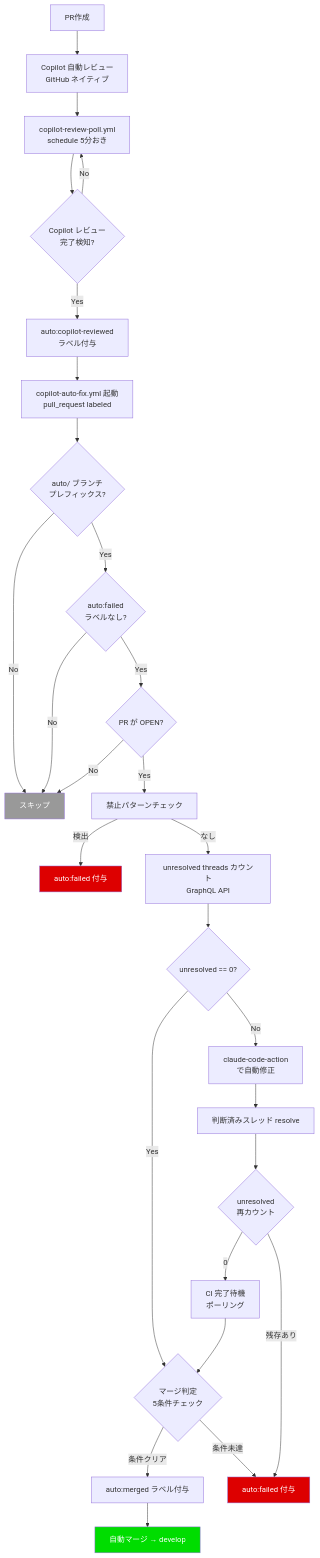
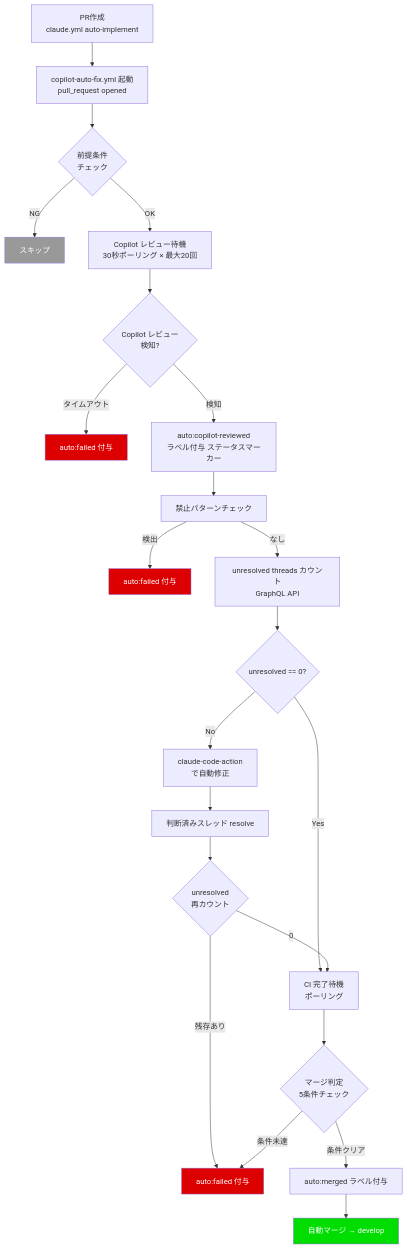
Before and after one commit to becky3/learning-companion: the first of 2 diagrams in docs/specs/copilot-auto-fix.md, drawn with Mermaid. The commit also changed other lines of this file and 1 other file, not shown here.

Commit message:
docs(pre-impl): copilot-auto-fix 仕様書を sleep ポーリング方式に改訂 (#386)

````diff
--- a/docs/specs/copilot-auto-fix.md
+++ b/docs/specs/copilot-auto-fix.md
@@ -45,34 +69,30 @@
 ```mermaid
 flowchart TD
-    A[PR作成] --> B[Copilot 自動レビュー<br/>GitHub ネイティブ]
-    B --> B2[copilot-review-poll.yml<br/>schedule 5分おき]
-    B2 --> B3{Copilot レビュー<br/>完了検知?}
-    B3 -->|No| B2
-    B3 -->|Yes| C[auto:copilot-reviewed<br/>ラベル付与]
-    C --> D[copilot-auto-fix.yml 起動<br/>pull_request labeled]
-    D --> F{auto/ ブランチ<br/>プレフィックス?}
-    F -->|No| Z[スキップ]
-    F -->|Yes| G{auto:failed<br/>ラベルなし?}
-    G -->|No| Z
-    G -->|Yes| G2{PR が OPEN?}
-    G2 -->|No| Z
-    G2 -->|Yes| H[禁止パターンチェック]
+    A[PR作成<br/>claude.yml auto-implement] --> B[copilot-auto-fix.yml 起動<br/>pull_request opened]
+    B --> B0{前提条件<br/>チェック}
+    B0 -->|NG| Z[スキップ]
+    B0 -->|OK| B1[Copilot レビュー待機<br/>30秒ポーリング × 最大20回]
+    B1 --> B2{Copilot レビュー<br/>検知?}
+    B2 -->|タイムアウト| I2[auto:failed 付与]
+    B2 -->|検知| B3[auto:copilot-reviewed<br/>ラベル付与 ステータスマーカー]
+    B3 --> H[禁止パターンチェック]
     H -->|検出| I[auto:failed 付与]
     H -->|なし| J[unresolved threads カウント<br/>GraphQL API]
     J --> K{unresolved == 0?}
-    K -->|Yes| L{マージ判定<br/>5条件チェック}
+    K -->|Yes| N3[CI 完了待機<br/>ポーリング]
     K -->|No| M[claude-code-action<br/>で自動修正]
     M --> N[判断済みスレッド resolve]
     N --> N2{unresolved<br/>再カウント}
-    N2 -->|0| N3[CI 完了待機<br/>ポーリング]
-    N2 -->|残存あり| P
-    N3 --> L
+    N2 -->|残存あり| P[auto:failed 付与]
+    N2 -->|0| N3
+    N3 --> L{マージ判定<br/>5条件チェック}
     L -->|条件クリア| L2[auto:merged ラベル付与]
     L2 --> O[自動マージ → develop]
-    L -->|条件未達| P[auto:failed 付与]
+    L -->|条件未達| P
 
     style O fill:#0d0,color:#fff
     style I fill:#d00,color:#fff
+    style I2 fill:#d00,color:#fff
     style P fill:#d00,color:#fff
     style Z fill:#999,color:#fff
 ```
````
